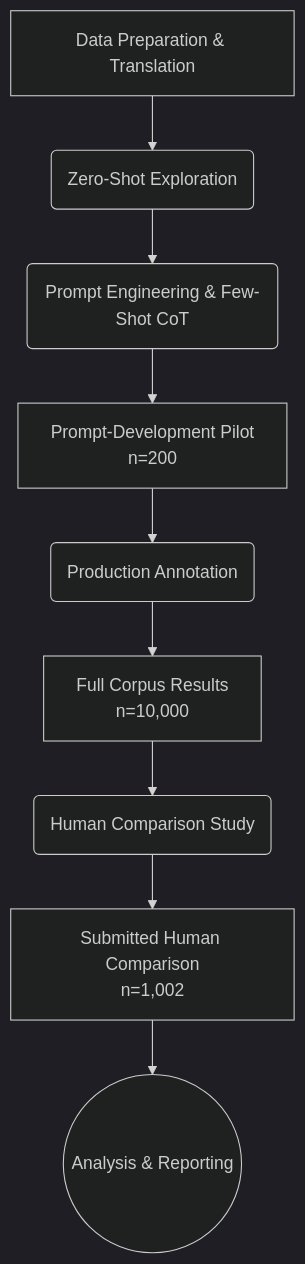
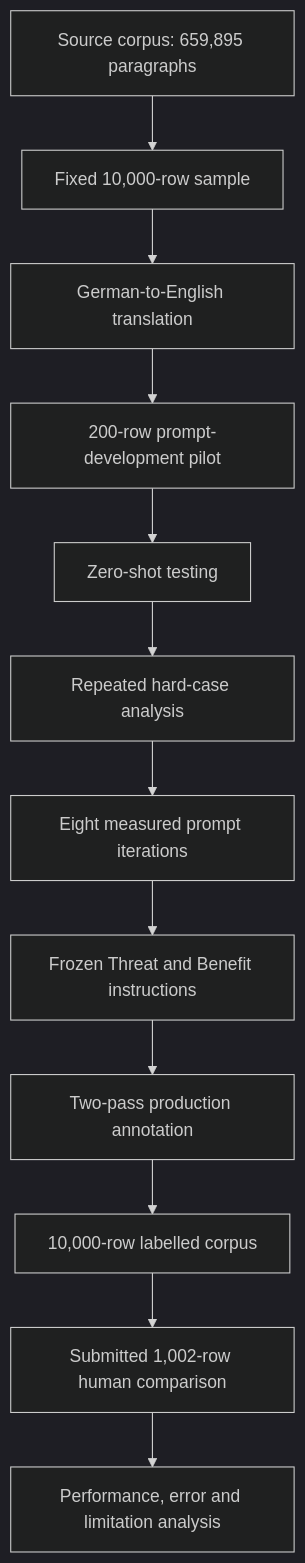
One commit to raywincruz07-collab/economic-framing-annotation changed the diagram in README.md. Above: the diagram before and after it, drawn with Mermaid (dark theme). The commit also changed other lines of this file and 13 other files, not shown here.

````diff
--- a/README.md
+++ b/README.md
@@ -17,11 +68,14 @@
 ```mermaid
-graph TD
-    A[Data Preparation & Translation] --> B(Zero-Shot Exploration)
-    B --> C(Prompt Engineering & Few-Shot CoT)
-    C --> D[Prompt-Development Pilot<br/>n=200]
-    D --> E(Production Annotation)
-    E --> F[Full Corpus Results<br/>n=10,000]
-    F --> G(Human Comparison Study)
-    G --> H[Submitted Human Comparison<br/>n=1,002]
-    H --> I((Analysis & Reporting))
+flowchart TD
+    A[Source corpus: 659,895 paragraphs] --> B[Fixed 10,000-row sample]
+    B --> C[German-to-English translation]
+    C --> D[200-row prompt-development pilot]
+    D --> E[Zero-shot testing]
+    E --> F[Repeated hard-case analysis]
+    F --> G[Eight measured prompt iterations]
+    G --> H[Frozen Threat and Benefit instructions]
+    H --> I[Two-pass production annotation]
+    I --> J[10,000-row labelled corpus]
+    J --> K[Submitted 1,002-row human comparison]
+    K --> L[Performance, error and limitation analysis]
 ```
````
